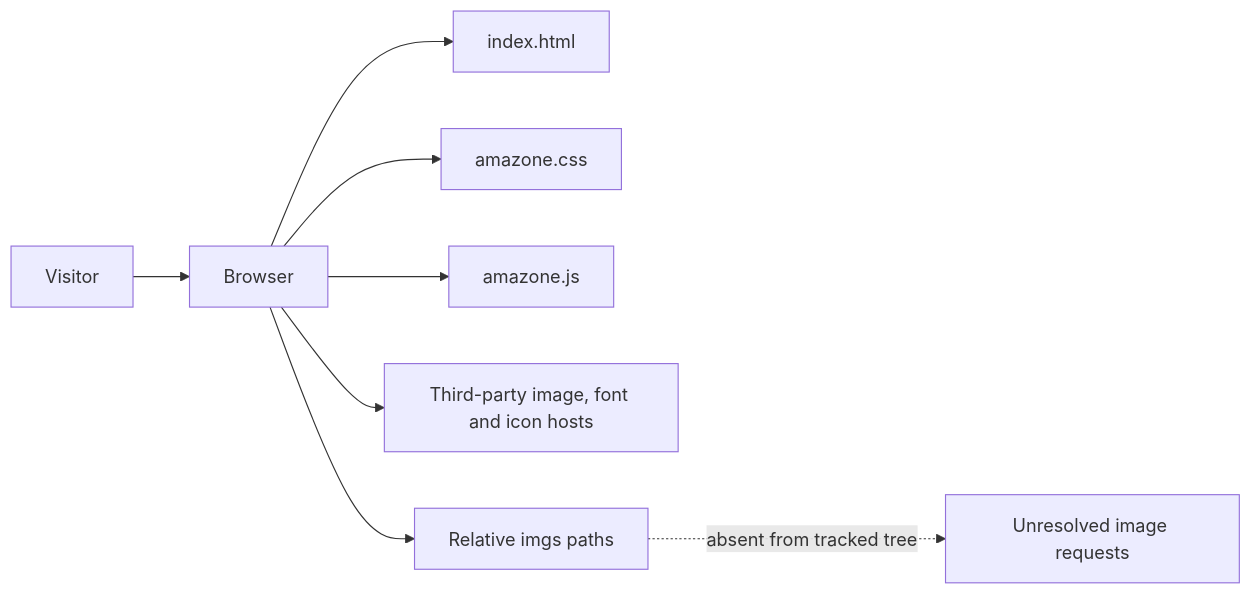
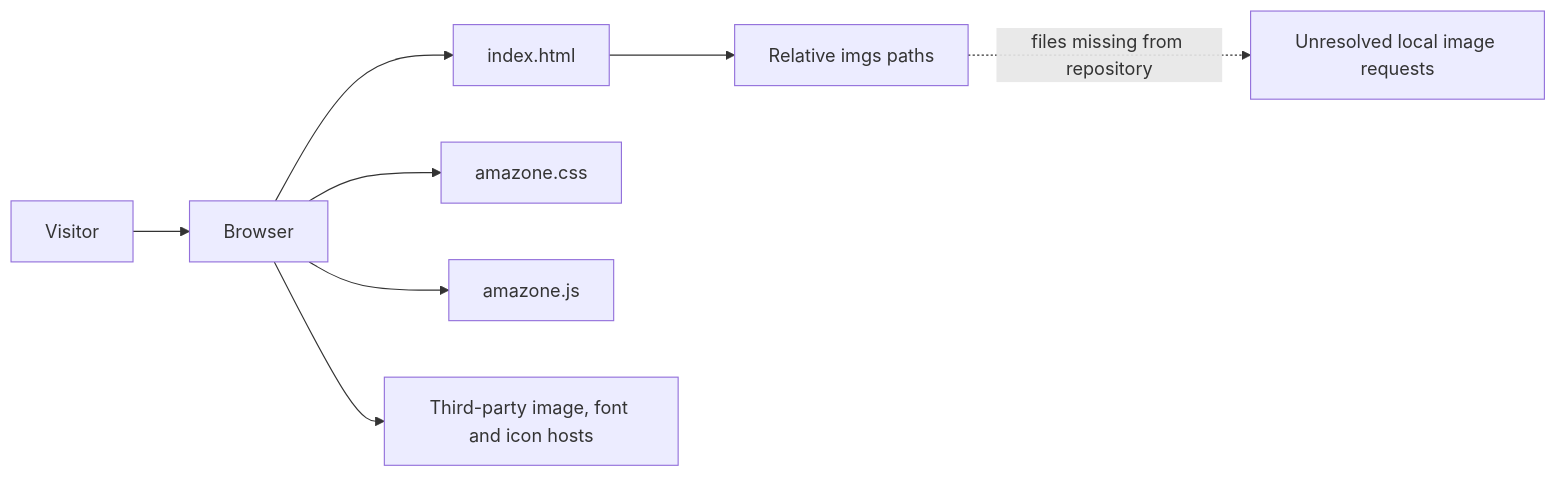
Before and after one commit to Brajesh31/Amazon_Clone: the first of 2 diagrams in docs/data-flow.md, drawn with Mermaid. The commit also changed other lines of this file, not shown here.

Commit message:
docs: deepen docs/data-flow.md

````diff
--- a/docs/data-flow.md
+++ b/docs/data-flow.md
@@ -11,10 +11,10 @@
 ```mermaid
 flowchart LR
     Visitor[Visitor] --> Browser[Browser]
     Browser --> HTML[index.html]
     Browser --> CSS[amazone.css]
     Browser --> JS[amazone.js]
-    Browser --> Remote[Third-party image, font and icon hosts]
-    Browser --> Local[Relative imgs paths]
-    Local -. absent from tracked tree .-> Missing[Unresolved image requests]
+    Browser --> External[Third-party image, font and icon hosts]
+    HTML --> Local[Relative imgs paths]
+    Local -. files missing from repository .-> Broken[Unresolved local image requests]
 ```
````
